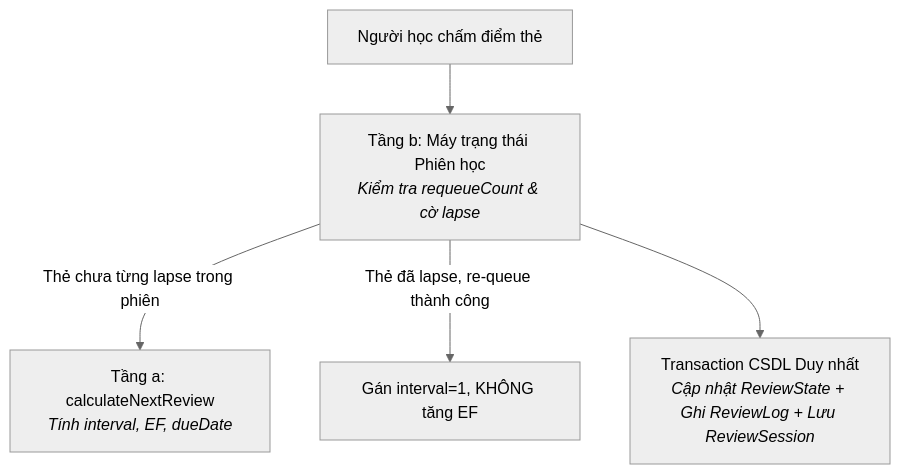
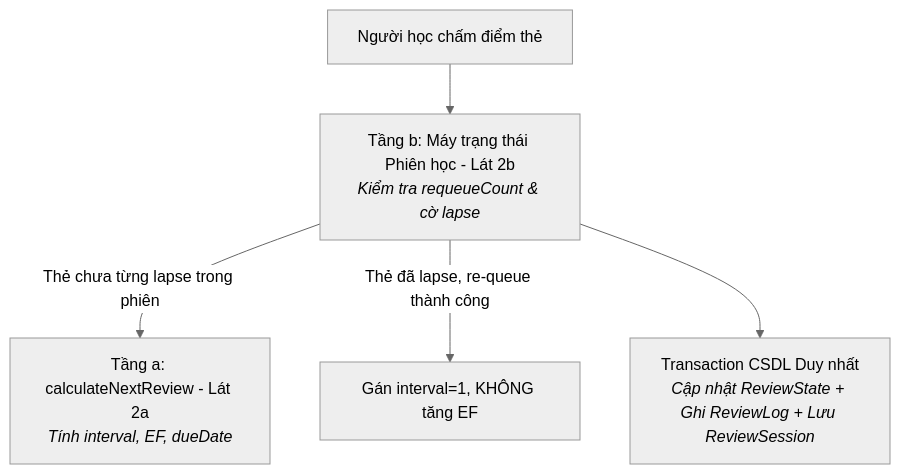
One commit to BLVCK-WIND/learn_languege_app changed the diagram in docs/SRS_ALGORITHM.md. Above: the diagram before and after it, drawn with Mermaid (neutral theme). The commit also changed other lines of this file and 5 other files, not shown here.

````diff
--- a/docs/SRS_ALGORITHM.md
+++ b/docs/SRS_ALGORITHM.md
@@ -28,7 +32,7 @@
 ```mermaid
 graph TD
-    UserAction[Người học chấm điểm thẻ] --> SessionSM[Tầng b: Máy trạng thái Phiên học<br/><i>Kiểm tra requeueCount & cờ lapse</i>]
-    SessionSM -->|Thẻ chưa từng lapse trong phiên| PureEngine[Tầng a: calculateNextReview<br/><i>Tính interval, EF, dueDate</i>]
+    UserAction[Người học chấm điểm thẻ] --> SessionSM[Tầng b: Máy trạng thái Phiên học - Lát 2b<br/><i>Kiểm tra requeueCount & cờ lapse</i>]
+    SessionSM -->|Thẻ chưa từng lapse trong phiên| PureEngine[Tầng a: calculateNextReview - Lát 2a<br/><i>Tính interval, EF, dueDate</i>]
     SessionSM -->|Thẻ đã lapse, re-queue thành công| LapsePass[Gán interval=1, KHÔNG tăng EF]
     SessionSM --> AtomicTx[Transaction CSDL Duy nhất<br/><i>Cập nhật ReviewState + Ghi ReviewLog + Lưu ReviewSession</i>]
 ```
````
